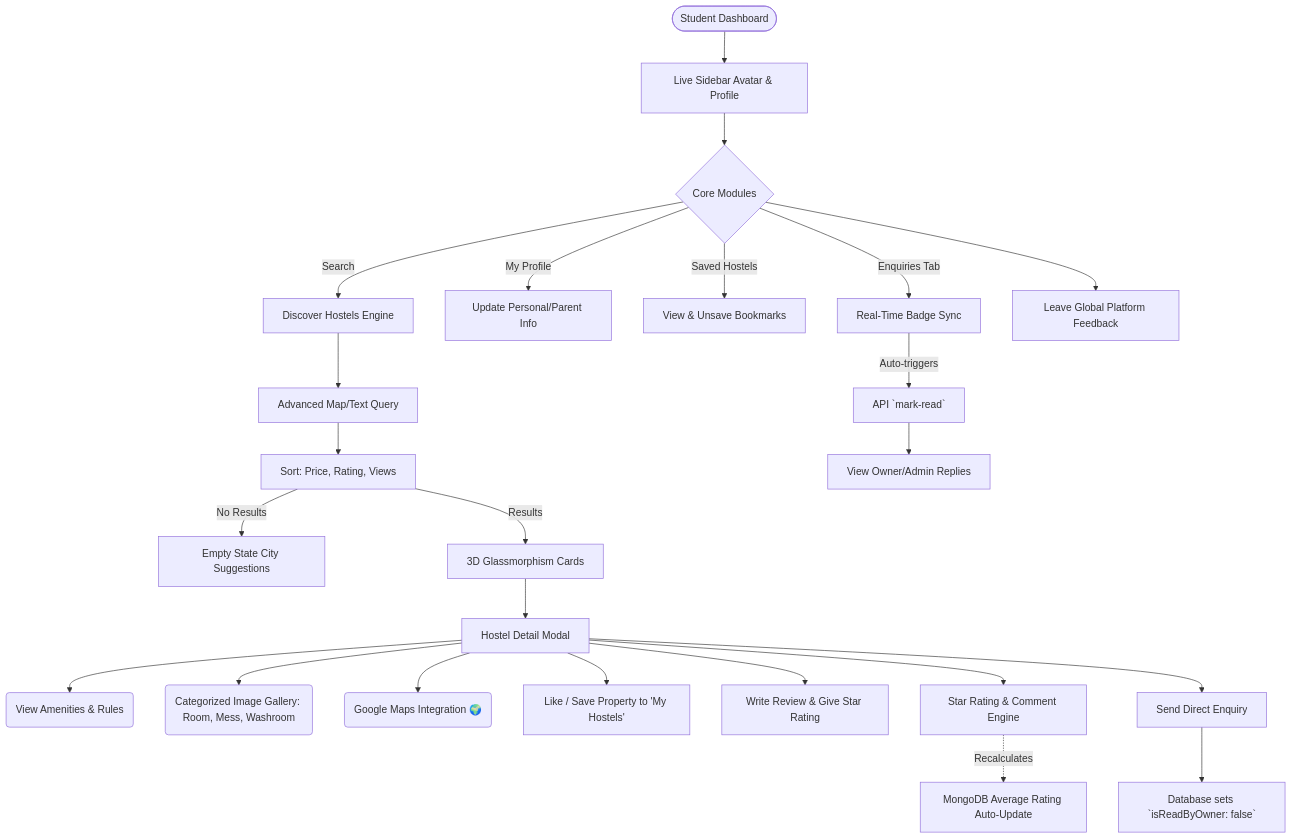
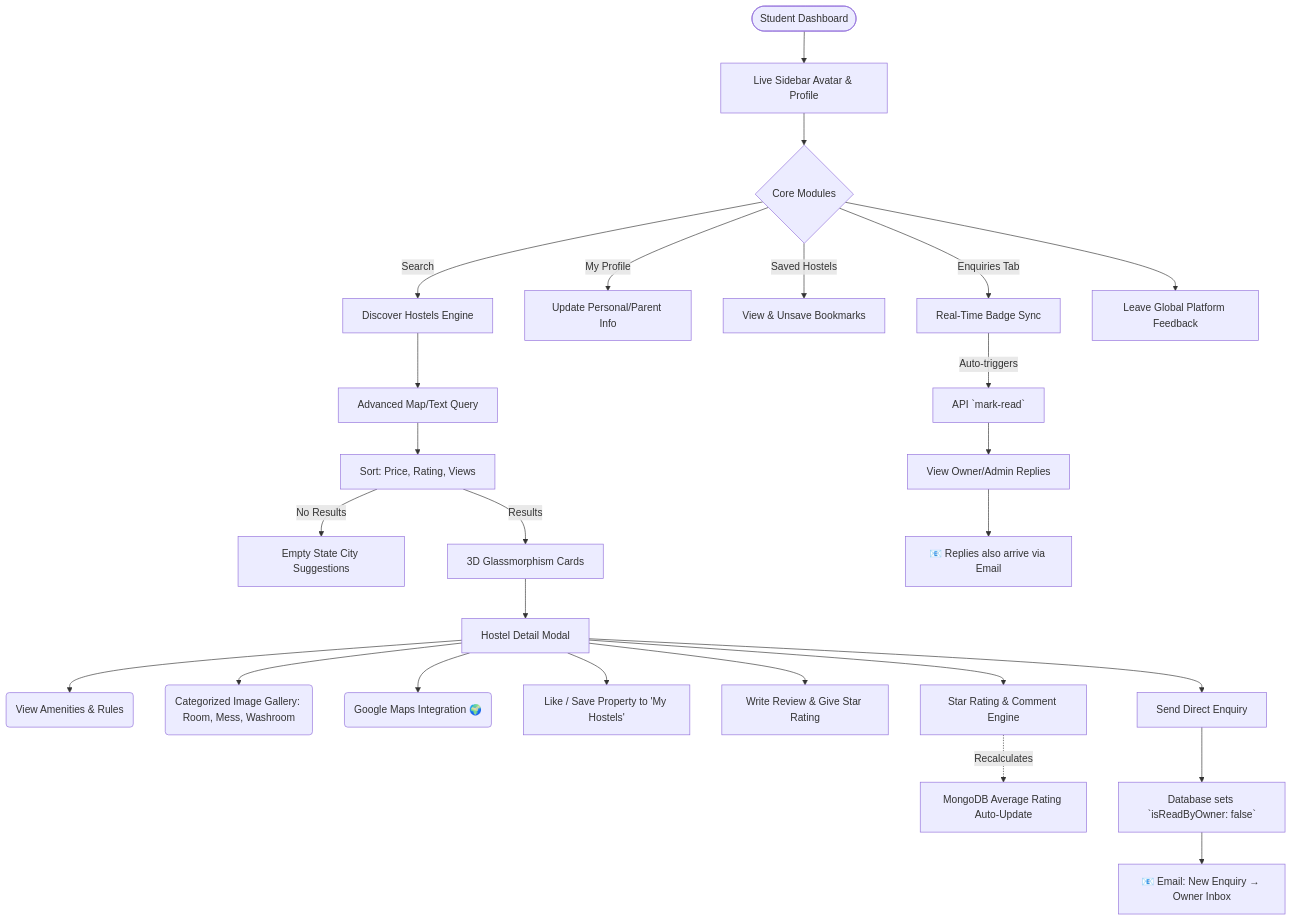
The second of 5 diagrams in ARCHITECTURE_FLOW.md (Raunaksharmaq64/Hostel-Buddy), drawn with Mermaid before and after one commit. The commit also changed other lines of this file and 6 other files, not shown here.

````diff
--- a/ARCHITECTURE_FLOW.md
+++ b/ARCHITECTURE_FLOW.md
@@ -43,32 +43,34 @@
 ```mermaid
 flowchart TD
     S([Student Dashboard]) --> A[Live Sidebar Avatar & Profile]
     
     A --> B{Core Modules}
     B -->|Search| C[Discover Hostels Engine]
     C --> D[Advanced Map/Text Query]
     D --> E[Sort: Price, Rating, Views]
     E -->|No Results| F[Empty State City Suggestions]
     E -->|Results| G[3D Glassmorphism Cards]
     
     G --> H[Hostel Detail Modal]
     H --> I(View Amenities & Rules)
     H --> J(Categorized Image Gallery: Room, Mess, Washroom)
     H --> GM(Google Maps Integration 🌍)
     H --> K[Like / Save Property to 'My Hostels']
     H --> L[Write Review & Give Star Rating]
     H --> M[Star Rating & Comment Engine]
     M -.->|Recalculates| N[MongoDB Average Rating Auto-Update]
     
     H --> O[Send Direct Enquiry]
     O --> P[Database sets `isReadByOwner: false`]
+    P --> PE[📧 Email: New Enquiry → Owner Inbox]
     
     B -->|My Profile| Q[Update Personal/Parent Info]
     B -->|Saved Hostels| R[View & Unsave Bookmarks]
     B -->|Enquiries Tab| T[Real-Time Badge Sync]
     
     T -->|Auto-triggers| U[API `mark-read`]
     U --> V[View Owner/Admin Replies]
+    V --> VE[📧 Replies also arrive via Email]
     
     B --> W[Leave Global Platform Feedback]
 ```
````
